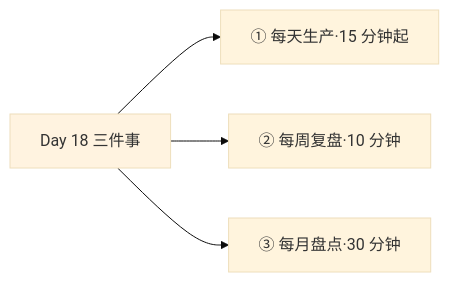
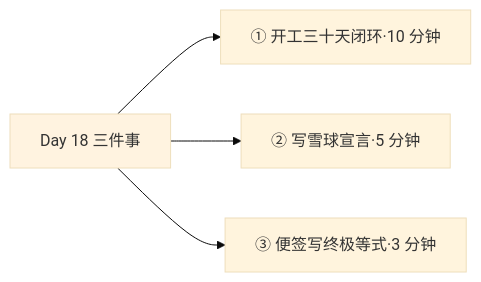
One commit to chongyang211/YCBookBlog changed the fifth of 6 diagrams in book/27.时间管理30天/18.Day18-复利属性理想.md. Above: the diagram before and after it, drawn with Mermaid (base theme). The commit also changed other lines of this file and 5 other files, not shown here.

````diff
--- a/book/27.时间管理30天/18.Day18-复利属性理想.md
+++ b/book/27.时间管理30天/18.Day18-复利属性理想.md
@@ -182,7 +240,7 @@
 ```mermaid
 graph LR
-    A[Day 18 三件事] --> B[① 每天生产·15 分钟起]
-    A --> C[② 每周复盘·10 分钟]
-    A --> D[③ 每月盘点·30 分钟]
+    A[Day 18 三件事] --> B[① 开工三十天闭环·10 分钟]
+    A --> C[② 写雪球宣言·5 分钟]
+    A --> D[③ 便签写终极等式·3 分钟]
     style A fill:#fff3e0
 ```
````
